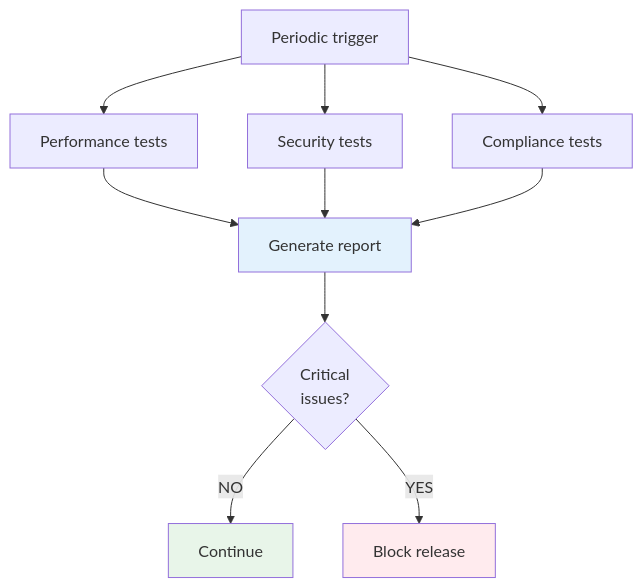
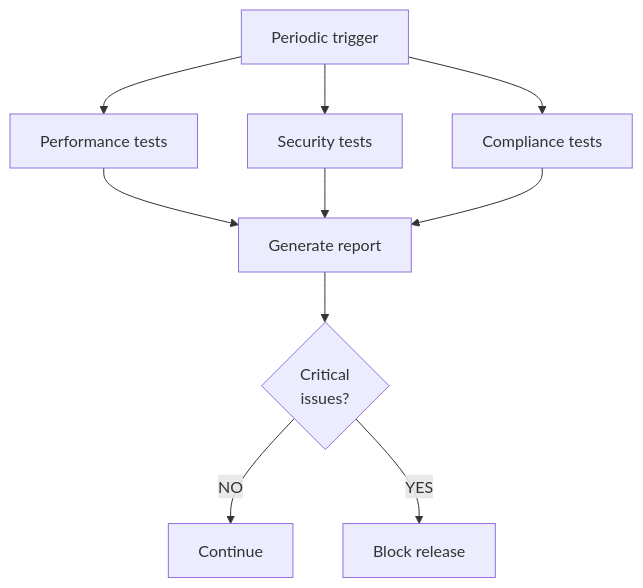
One commit to ready-to-release/eac changed the fifth of 5 diagrams in docs/explanation/continuous-delivery/cd-model/cd-model-stages-1-6.md. Above: the diagram before and after it, drawn with Mermaid. The commit also changed other lines of this file and 28 other files, not shown here.

````diff
--- a/docs/explanation/continuous-delivery/cd-model/cd-model-stages-1-6.md
+++ b/docs/explanation/continuous-delivery/cd-model/cd-model-stages-1-6.md
@@ -435,18 +423,15 @@
 ```mermaid
 flowchart TD
     Start[Periodic trigger] --> Perf[Performance tests]
     Start --> Sec[Security tests]
     Start --> Comp[Compliance tests]
 
     Perf --> Report[Generate report]
     Sec --> Report
     Comp --> Report
 
     Report --> Gate{Critical<br/>issues?}
     Gate -->|NO| Pass[Continue]
     Gate -->|YES| Block[Block release]
 
-    style Report fill:#e3f2fd
-    style Pass fill:#e8f5e9
-    style Block fill:#ffebee
 ```
````
